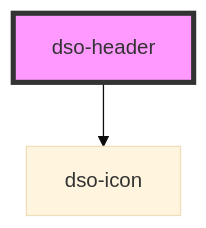
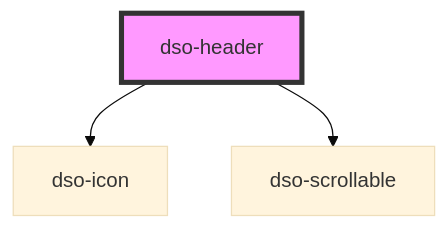
One commit to dso-toolkit/dso-toolkit changed the diagram in packages/core/src/components/header/readme.md. Above: the diagram before and after it, drawn with Mermaid (base theme). The commit also changed other lines of this file and 9 other files, not shown here.

````diff
--- a/packages/core/src/components/header/readme.md
+++ b/packages/core/src/components/header/readme.md
@@ -37,5 +38,6 @@
 ```mermaid
 graph TD;
   dso-header --> dso-icon
+  dso-header --> dso-scrollable
   style dso-header fill:#f9f,stroke:#333,stroke-width:4px
 ```
````
